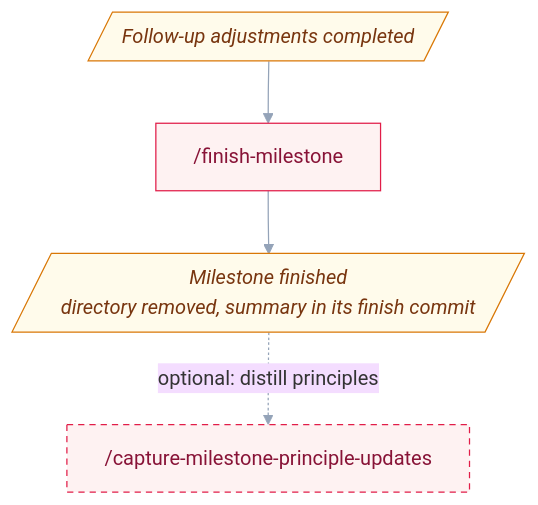
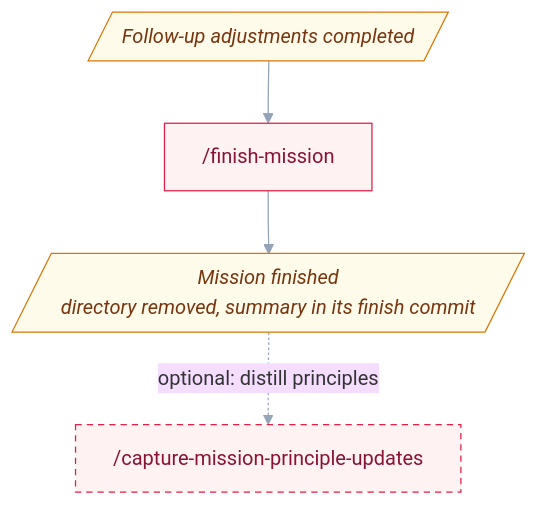
Before and after one commit to uHappyLogic/gurita: the sixth of 6 diagrams in docs/workflow.md, drawn with Mermaid. The commit also changed other lines of this file and 4 other files, not shown here.

````diff
--- a/docs/workflow.md
+++ b/docs/workflow.md
@@ -153,18 +153,18 @@
 ```mermaid
 %%{init: {'theme':'base','themeVariables':{'fontFamily':'ui-sans-serif, system-ui','lineColor':'#94a3b8','primaryBorderColor':'#475569'},'flowchart':{'wrappingWidth':9999,'curve':'basis'}}}%%
 flowchart TD
     D4[/"Follow-up adjustments completed"/]
-    EM1["/finish-milestone"]
-    D5[/"Milestone finished<br/>directory removed, summary in its finish commit"/]
-    EM2["/capture-milestone-principle-updates"]
+    EM1["/finish-mission"]
+    D5[/"Mission finished<br/>directory removed, summary in its finish commit"/]
+    EM2["/capture-mission-principle-updates"]
 
     D4 --> EM1 --> D5
     D5 -.->|optional: distill principles| EM2
 
     classDef finish fill:#fef2f2,stroke:#e11d48,color:#881337;
     classDef optional stroke-dasharray:5 4;
     classDef state fill:#fffbeb,stroke:#d97706,color:#78350f,font-style:italic;
     class EM1,EM2 finish;
     class EM2 optional;
     class D4,D5 state;
 ```
````
